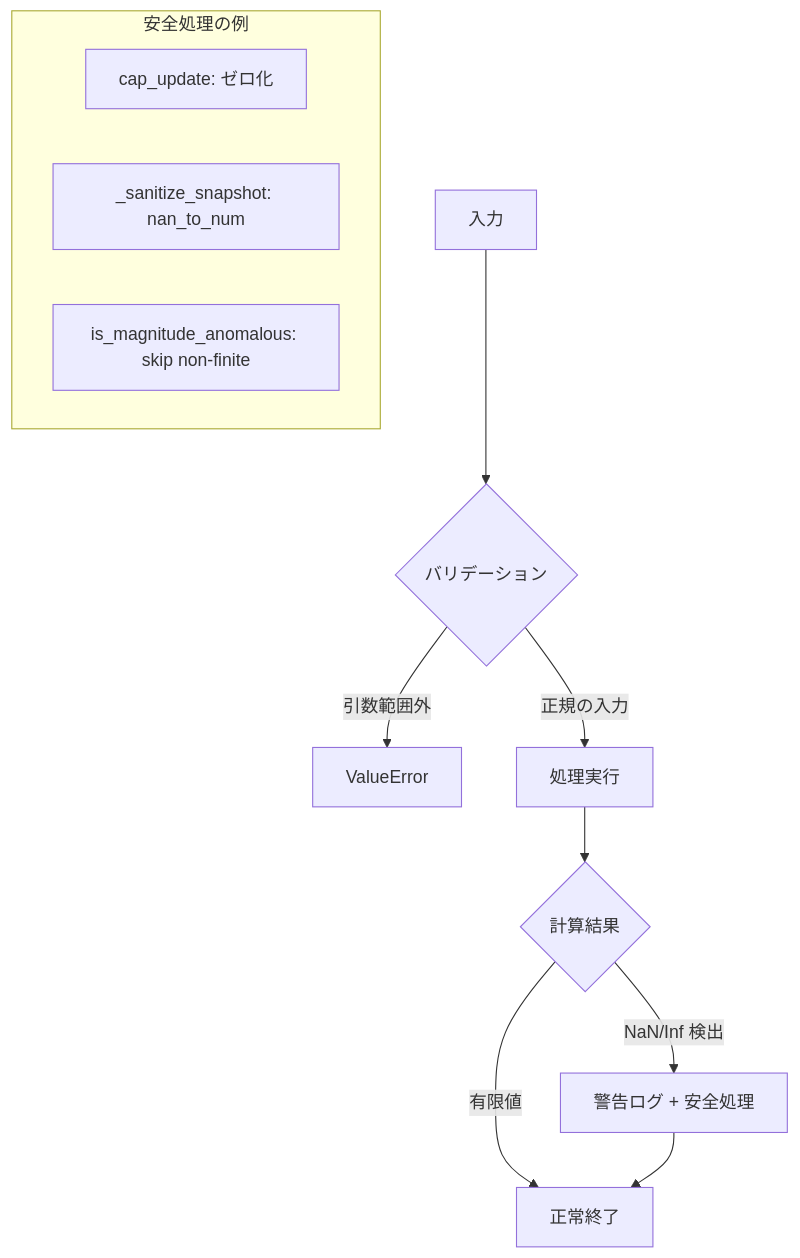
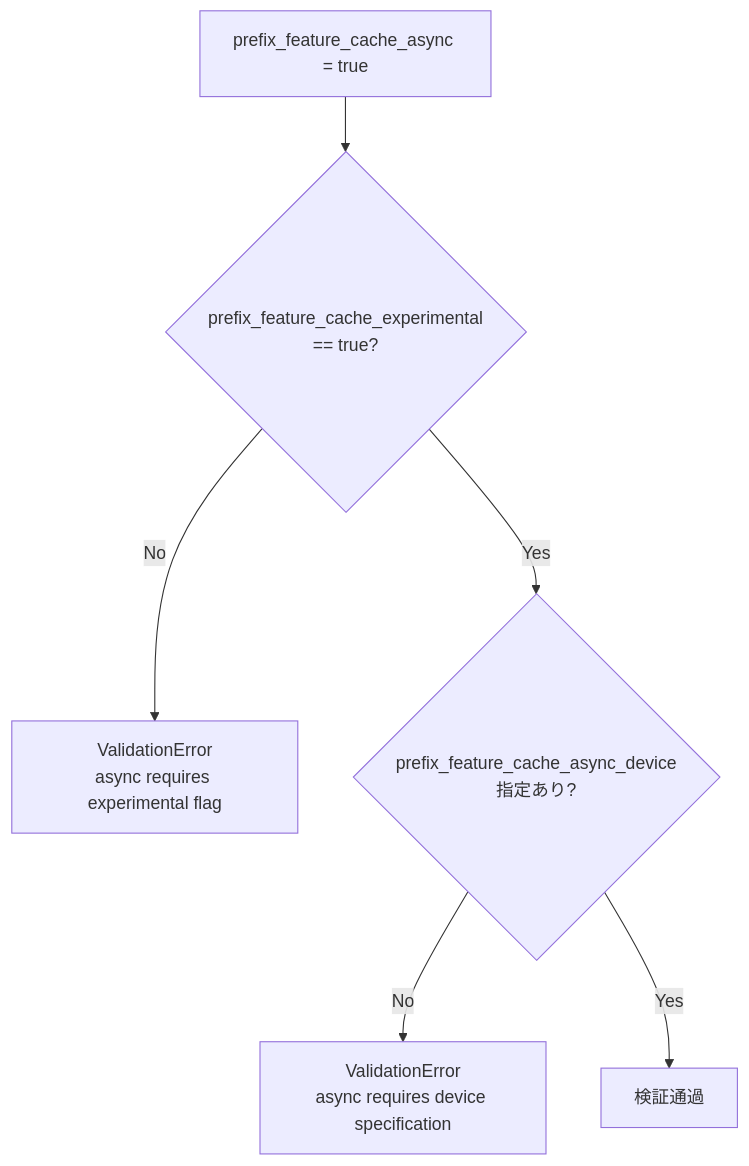
One commit to jinno-ai-lab/tg-lora-public changed diagram 20 of 56 in specs/tg-lora/dataflow.md. Above: the diagram before and after it, drawn with Mermaid. The commit also changed other lines of this file and 137 other files, not shown here.

````diff
--- a/specs/tg-lora/dataflow.md
+++ b/specs/tg-lora/dataflow.md
@@ -238,16 +622,8 @@
 ```mermaid
 flowchart TD
-    A[入力] --> B{バリデーション}
-    B -->|引数範囲外| C[ValueError]
-    B -->|正規の入力| D[処理実行]
-    D --> E{計算結果}
-    E -->|NaN/Inf 検出| F[警告ログ + 安全処理]
-    E -->|有限値| G[正常終了]
-    F --> G
-
-    subgraph "安全処理の例"
-        F1[cap_update: ゼロ化]
-        F2[_sanitize_snapshot: nan_to_num]
-        F3[is_magnitude_anomalous: skip non-finite]
-    end
+    A[prefix_feature_cache_async = true] --> B{prefix_feature_cache_experimental<br/>== true?}
+    B -->|No| C[ValidationError<br/>async requires experimental flag]
+    B -->|Yes| D{prefix_feature_cache_async_device<br/>指定あり?}
+    D -->|No| E[ValidationError<br/>async requires device specification]
+    D -->|Yes| F[検証通過]
 ```
````
